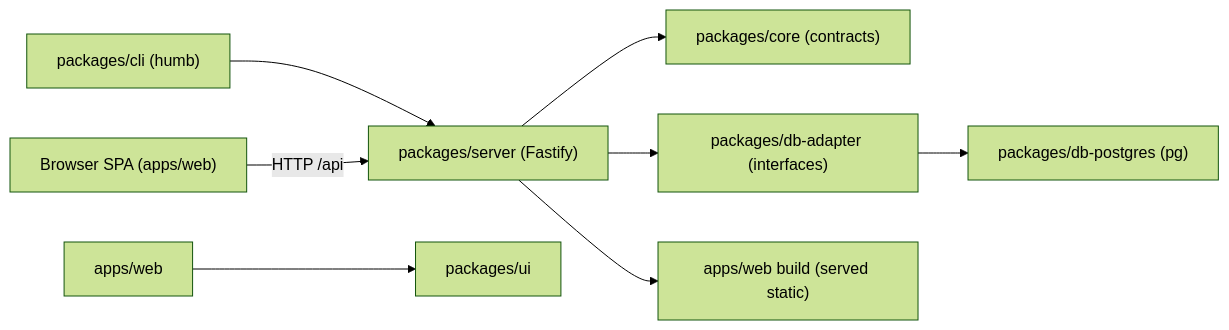
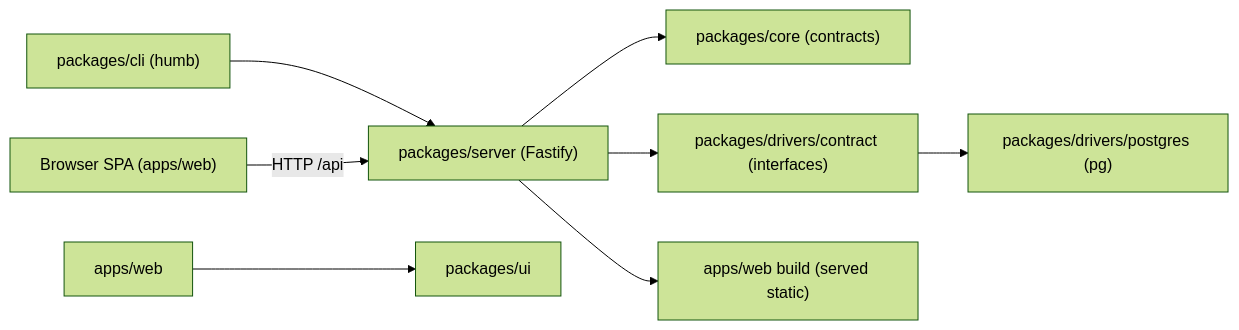
The diagram in ARCHITECTURE.md (ensp1re/qyre), drawn with Mermaid (forest theme) before and after one commit. The commit also changed other lines of this file and 62 other files, not shown here.

````diff
--- a/ARCHITECTURE.md
+++ b/ARCHITECTURE.md
@@ -15,10 +15,10 @@
 ```mermaid
 flowchart LR
   cli["packages/cli (humb)"] --> server["packages/server (Fastify)"]
   server --> core["packages/core (contracts)"]
-  server --> adapterApi["packages/db-adapter (interfaces)"]
-  adapterApi --> pg["packages/db-postgres (pg)"]
+  server --> adapterApi["packages/drivers/contract (interfaces)"]
+  adapterApi --> pg["packages/drivers/postgres (pg)"]
   server --> static["apps/web build (served static)"]
   browser["Browser SPA (apps/web)"] -->|HTTP /api| server
   web2ui["apps/web"] --> uikit["packages/ui"]
 ```
````
